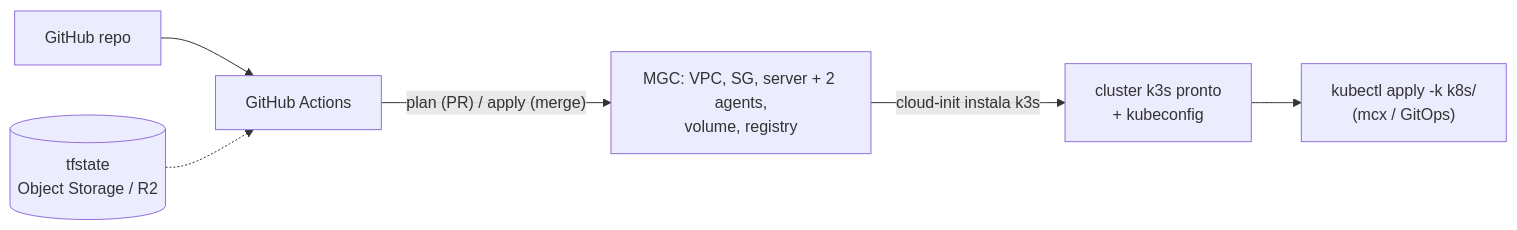
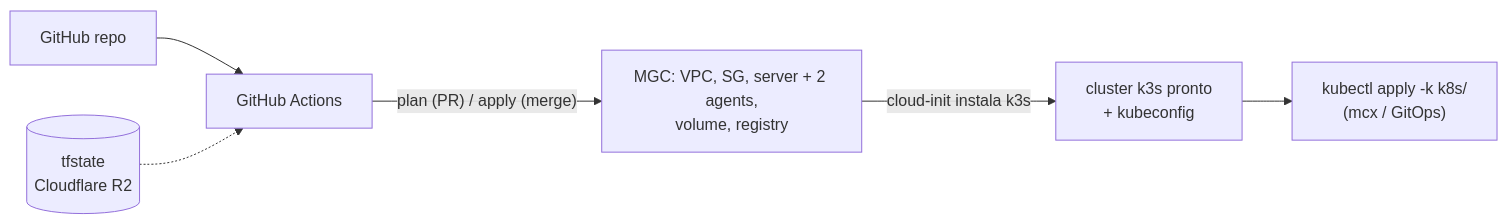
Before and after one commit to goriok/oficina: the second of 2 diagrams in docs/rfcs/2026-05-29-migracao-cluster-3-nos-mgc.md, drawn with Mermaid. The commit also changed other lines of this file and 4 other files, not shown here.

````diff
--- a/docs/rfcs/2026-05-29-migracao-cluster-3-nos-mgc.md
+++ b/docs/rfcs/2026-05-29-migracao-cluster-3-nos-mgc.md
@@ -122,10 +145,10 @@
 ```mermaid
 %%{init: {"theme": "default"}}%%
 %% strict mode — no implicit node creation %%
 flowchart LR
     GH["GitHub repo"] --> GHA["GitHub Actions"]
     GHA -->|"plan (PR) / apply (merge)"| MGC["MGC: VPC, SG, server + 2 agents,<br/>volume, registry"]
     MGC -->|"cloud-init instala k3s"| K3S["cluster k3s pronto<br/>+ kubeconfig"]
     K3S --> GITOPS["kubectl apply -k k8s/<br/>(mcx / GitOps)"]
-    TFS[(tfstate<br/>Object Storage / R2)] -.-> GHA
+    TFS[(tfstate<br/>Cloudflare R2)] -.-> GHA
 ```
````
